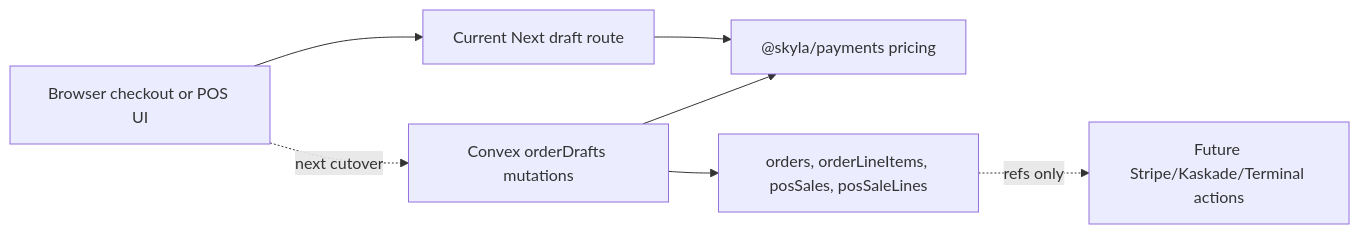
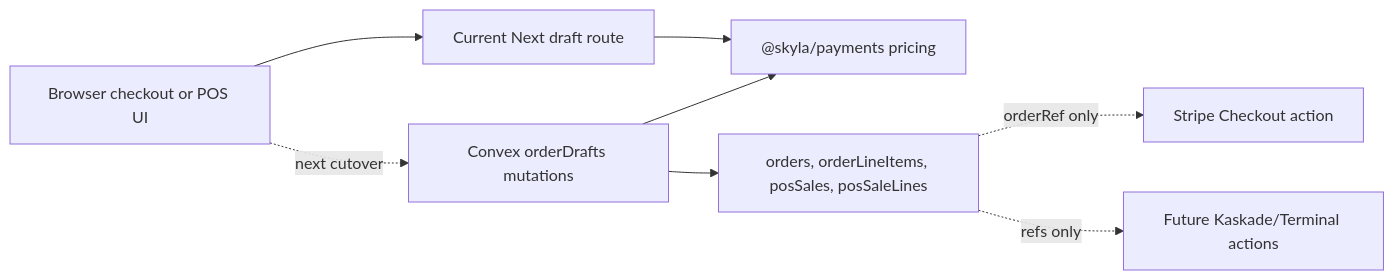
One commit to junyengit/skyla changed the diagram in docs/runbooks/convex-order-spine.md. Above: the diagram before and after it, drawn with Mermaid. The commit also changed other lines of this file and 23 other files, not shown here.

Commit message:
Add Convex Stripe Checkout action

````diff
--- a/docs/runbooks/convex-order-spine.md
+++ b/docs/runbooks/convex-order-spine.md
@@ -31,15 +36,17 @@
 ```mermaid
 flowchart LR
   browser["Browser checkout or POS UI"]
   nextRoute["Current Next draft route"]
   pricing["@skyla/payments pricing"]
   convexMutation["Convex orderDrafts mutations"]
   convexTables["orders, orderLineItems, posSales, posSaleLines"]
-  providers["Future Stripe/Kaskade/Terminal actions"]
+  stripe["Stripe Checkout action"]
+  futureProviders["Future Kaskade/Terminal actions"]
 
   browser --> nextRoute --> pricing
   browser -. next cutover .-> convexMutation
   convexMutation --> pricing
   convexMutation --> convexTables
-  convexTables -. refs only .-> providers
+  convexTables -. orderRef only .-> stripe
+  convexTables -. refs only .-> futureProviders
 ```
````
